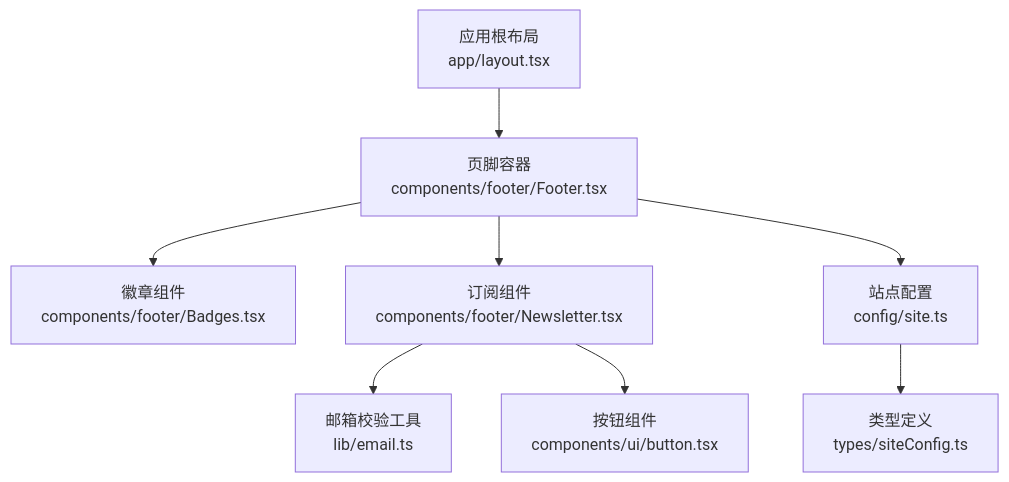
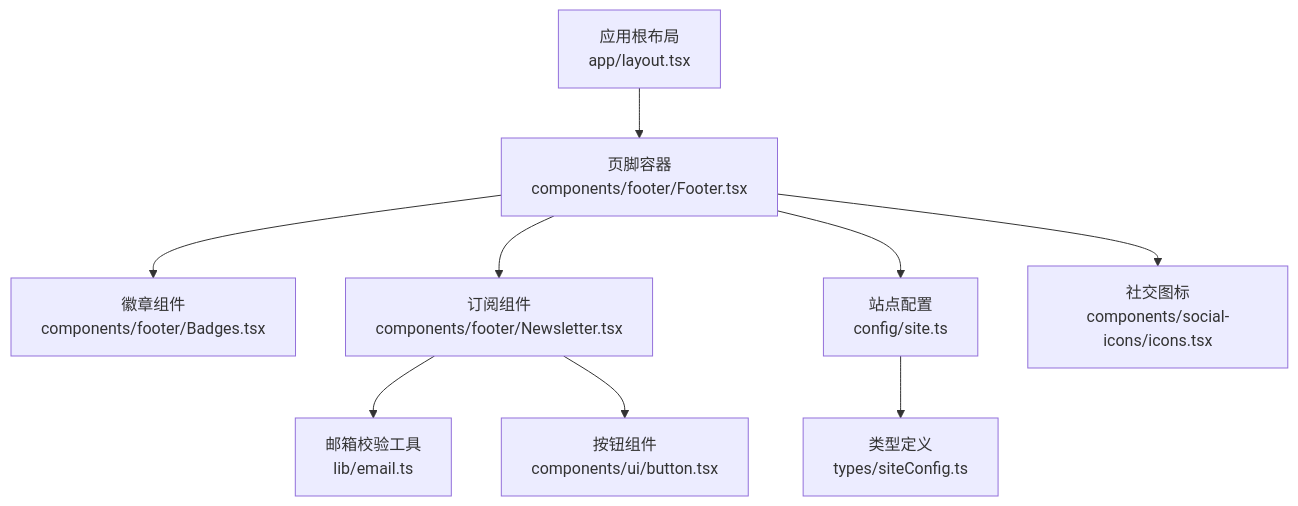
The first of 4 diagrams in .qoder/repowiki/zh/content/用户界面组件/页脚系统.md (billychou/linkedin-answer), drawn with Mermaid before and after one commit. The commit also changed other lines of this file and 10 other files, not shown here.

````diff
--- a/.qoder/repowiki/zh/content/用户界面组件/页脚系统.md
+++ b/.qoder/repowiki/zh/content/用户界面组件/页脚系统.md
@@ -45,10 +57,11 @@
 ```mermaid
 graph TB
 RootLayout["应用根布局<br/>app/layout.tsx"] --> Footer["页脚容器<br/>components/footer/Footer.tsx"]
 Footer --> Badges["徽章组件<br/>components/footer/Badges.tsx"]
 Footer --> Newsletter["订阅组件<br/>components/footer/Newsletter.tsx"]
+Footer --> SiteConfig["站点配置<br/>config/site.ts"]
+Footer --> SocialIcons["社交图标<br/>components/social-icons/icons.tsx"]
+SiteConfig --> SiteType["类型定义<br/>types/siteConfig.ts"]
 Newsletter --> EmailLib["邮箱校验工具<br/>lib/email.ts"]
 Newsletter --> Button["按钮组件<br/>components/ui/button.tsx"]
-Footer --> SiteConfig["站点配置<br/>config/site.ts"]
-SiteConfig --> SiteType["类型定义<br/>types/siteConfig.ts"]
 ```
````
